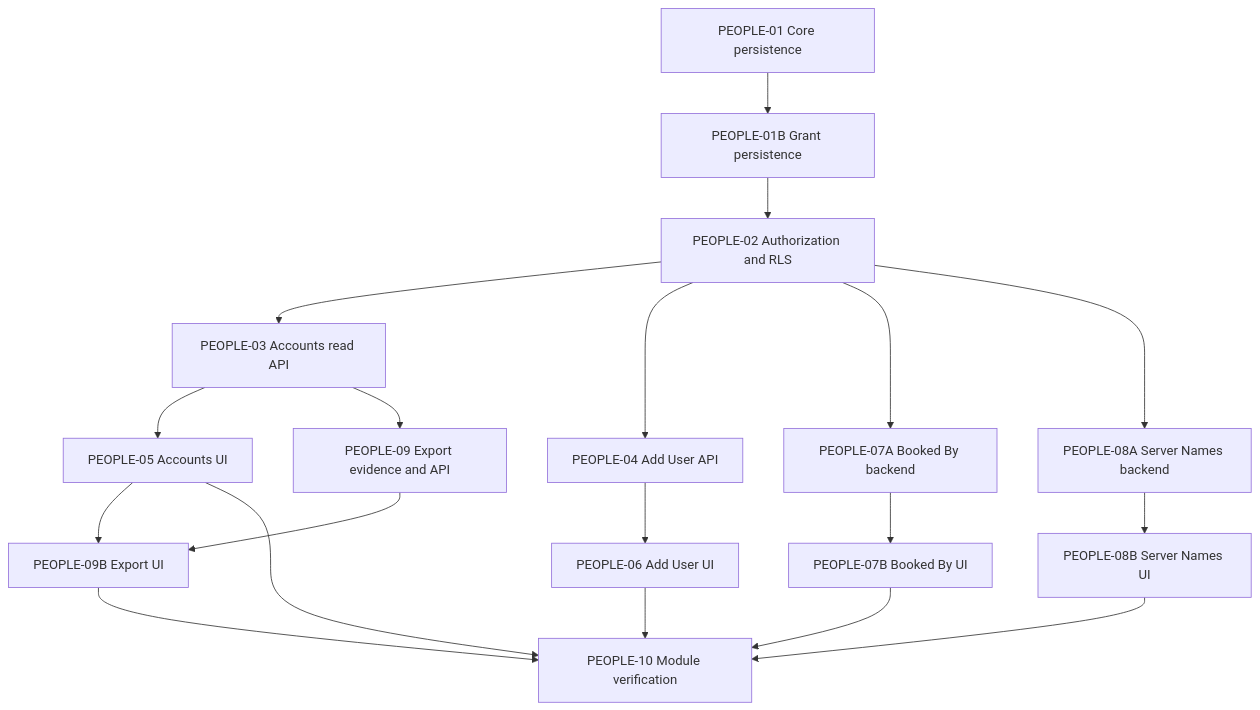
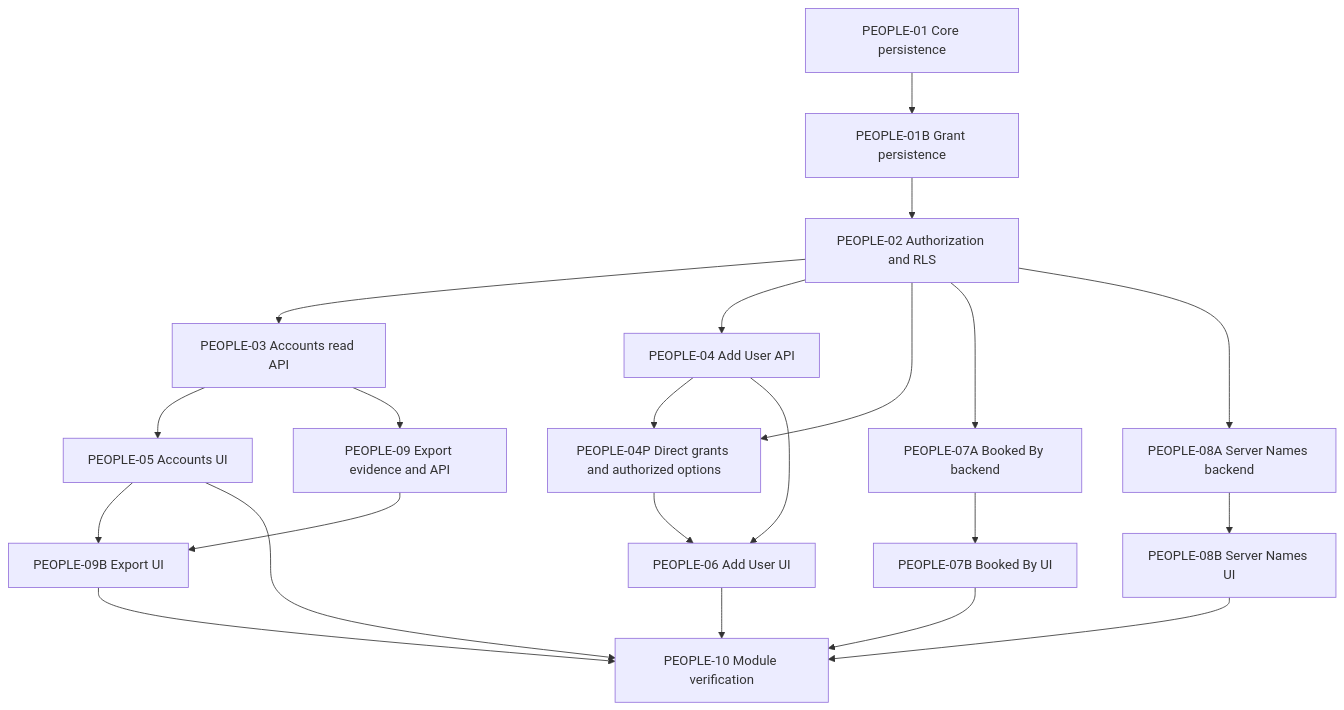
One commit to meisamsms/ProjectX changed the diagram in docs/project-map/people-implementation-plan.md. Above: the diagram before and after it, drawn with Mermaid. The commit also changed other lines of this file and 19 other files, not shown here.

Commit message:
feat(people): add scoped direct grants and authorized Add User options

````diff
--- a/docs/project-map/people-implementation-plan.md
+++ b/docs/project-map/people-implementation-plan.md
@@ -20,21 +20,24 @@
 ```mermaid
 flowchart TD
   A["PEOPLE-01 Core persistence"] --> B["PEOPLE-01B Grant persistence"]
   B --> C["PEOPLE-02 Authorization and RLS"]
   C --> D["PEOPLE-03 Accounts read API"]
   C --> E["PEOPLE-04 Add User API"]
   D --> F["PEOPLE-05 Accounts UI"]
+  E --> P["PEOPLE-04P Direct grants and authorized options"]
+  C --> P
   E --> G["PEOPLE-06 Add User UI"]
+  P --> G
   C --> H["PEOPLE-07A Booked By backend"]
   H --> I["PEOPLE-07B Booked By UI"]
   C --> J["PEOPLE-08A Server Names backend"]
   J --> K["PEOPLE-08B Server Names UI"]
   D --> L["PEOPLE-09 Export evidence and API"]
   L --> N["PEOPLE-09B Export UI"]
   F --> N
   F --> M["PEOPLE-10 Module verification"]
   G --> M
   I --> M
   K --> M
   N --> M
 ```
````
